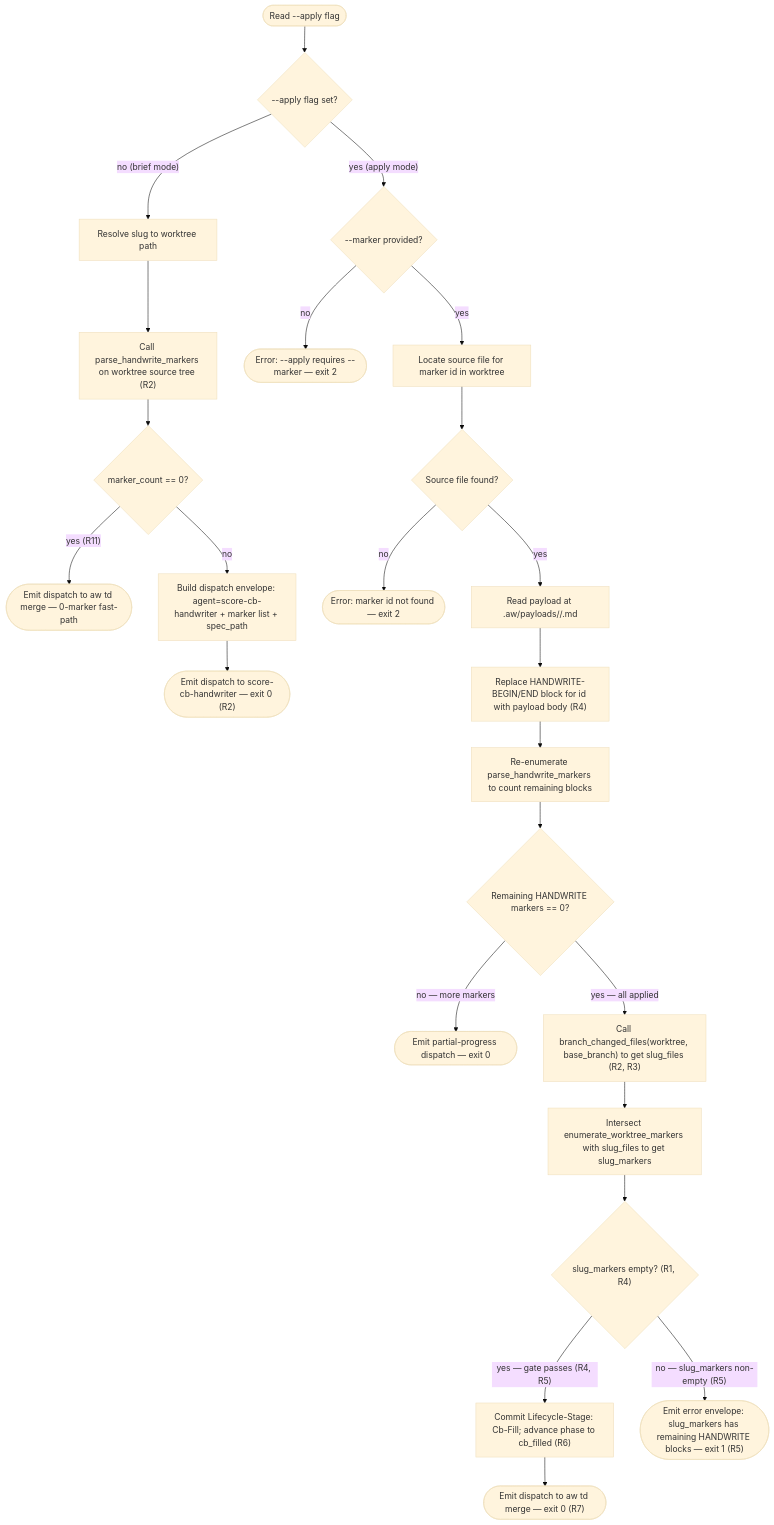
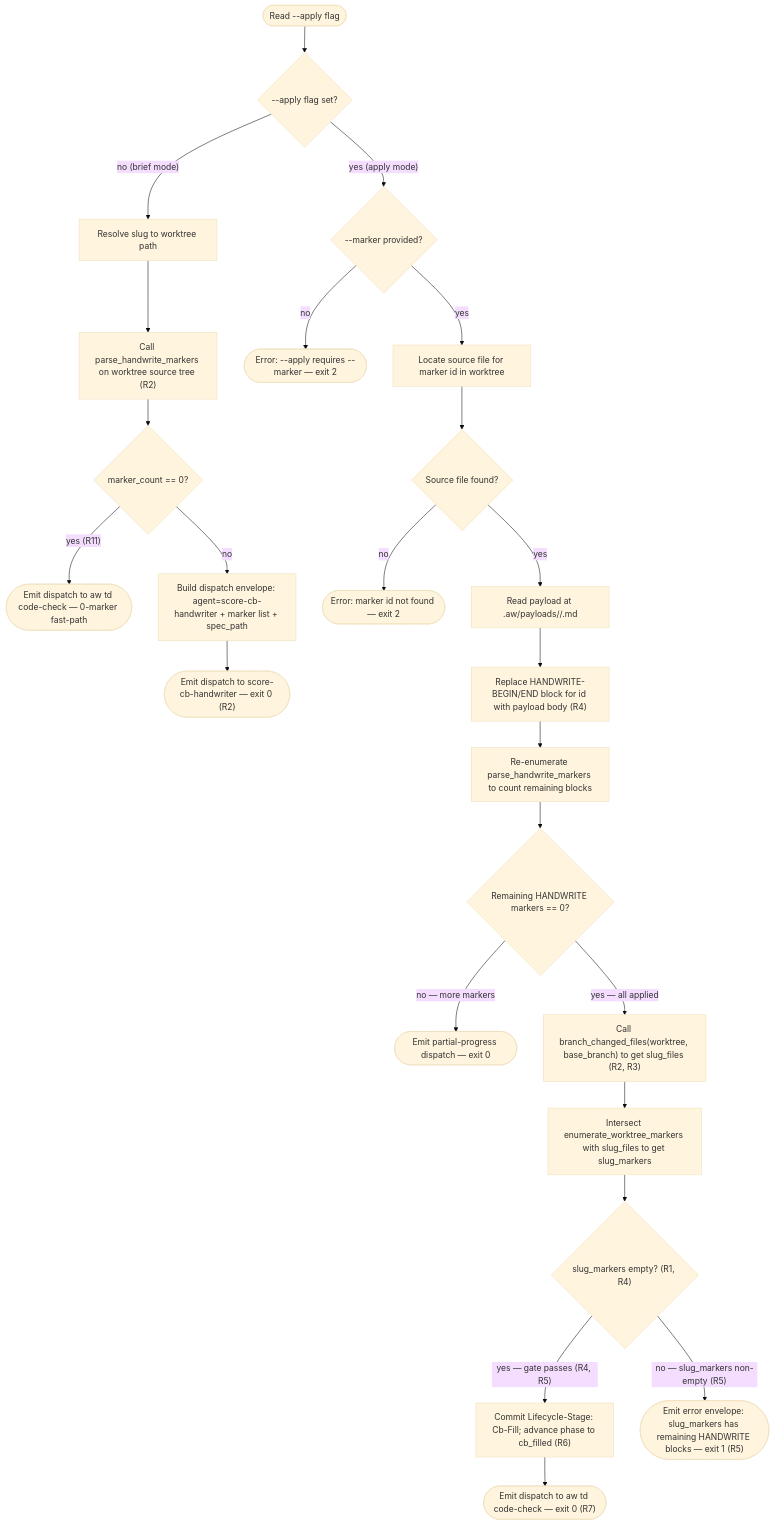
Before and after one commit to chrischeng-c4/axiom: the second of 3 diagrams in projects/agentic-workflow/tech-design/surface/specs/score-cb-fill-workflow.md, drawn with Mermaid (base theme). The commit also changed other lines of this file and 65 other files, not shown here.

````diff
--- a/projects/agentic-workflow/tech-design/surface/specs/score-cb-fill-workflow.md
+++ b/projects/agentic-workflow/tech-design/surface/specs/score-cb-fill-workflow.md
@@ -223,7 +223,7 @@
     label: "marker_count == 0?"
   emit_fast_path_dispatch:
     kind: terminal
-    label: "Emit dispatch to aw td merge (0-marker fast-path, R8/R11)"
+    label: "Emit dispatch to aw td code-check (0-marker fast-path, R8/R11)"
   build_cb_handwriter_envelope:
     kind: process
     label: "Build dispatch envelope: agent=score-cb-handwriter, marker list + spec_path in invoke.args"
@@ -275,9 +275,9 @@
   commit_cb_fill_trailer:
     kind: process
     label: "Commit Lifecycle-Stage: Cb-Fill; advance phase to cb_filled (R6)"
-  emit_dispatch_td_merge:
+  emit_dispatch_td_code_check:
     kind: terminal
-    label: "Emit dispatch envelope to aw td merge; exit 0 (R7)"
+    label: "Emit dispatch envelope to aw td code-check; exit 0 (R7)"
 edges:
   - from: read_verb_mode
     to: is_apply_mode
@@ -336,7 +336,7 @@
     to: emit_error_cb_check
     label: "no — slug_markers non-empty (R5)"
   - from: commit_cb_fill_trailer
-    to: emit_dispatch_td_merge
+    to: emit_dispatch_td_code_check
 ---
 flowchart TD
     read_verb_mode([Read --apply flag]) --> is_apply_mode{"--apply flag set?"}
@@ -344,7 +344,7 @@
     is_apply_mode -->|"yes (apply mode)"| apply_check_marker_flag{"--marker provided?"}
     brief_resolve_slug --> enumerate_markers["Call parse_handwrite_markers on worktree source tree (R2)"]
     enumerate_markers --> marker_count_zero{"marker_count == 0?"}
-    marker_count_zero -->|"yes (R11)"| emit_fast_path_dispatch(["Emit dispatch to aw td merge — 0-marker fast-path"])
+    marker_count_zero -->|"yes (R11)"| emit_fast_path_dispatch(["Emit dispatch to aw td code-check — 0-marker fast-path"])
     marker_count_zero -->|"no"| build_cb_handwriter_envelope["Build dispatch envelope: agent=score-cb-handwriter + marker list + spec_path"]
     build_cb_handwriter_envelope --> emit_dispatch_handwriter(["Emit dispatch to score-cb-handwriter — exit 0 (R2)"])
     apply_check_marker_flag -->|no| error_missing_marker(["Error: --apply requires --marker — exit 2"])
@@ -361,5 +361,5 @@
     intersect_markers_with_slug_files --> slug_markers_empty{"slug_markers empty? (R1, R4)"}
     slug_markers_empty -->|"yes — gate passes (R4, R5)"| commit_cb_fill_trailer["Commit Lifecycle-Stage: Cb-Fill; advance phase to cb_filled (R6)"]
     slug_markers_empty -->|"no — slug_markers non-empty (R5)"| emit_error_cb_check(["Emit error envelope: slug_markers has remaining HANDWRITE blocks — exit 1 (R5)"])
-    commit_cb_fill_trailer --> emit_dispatch_td_merge(["Emit dispatch to aw td merge — exit 0 (R7)"])
+    commit_cb_fill_trailer --> emit_dispatch_td_code_check(["Emit dispatch to aw td code-check — exit 0 (R7)"])
 ```
````
